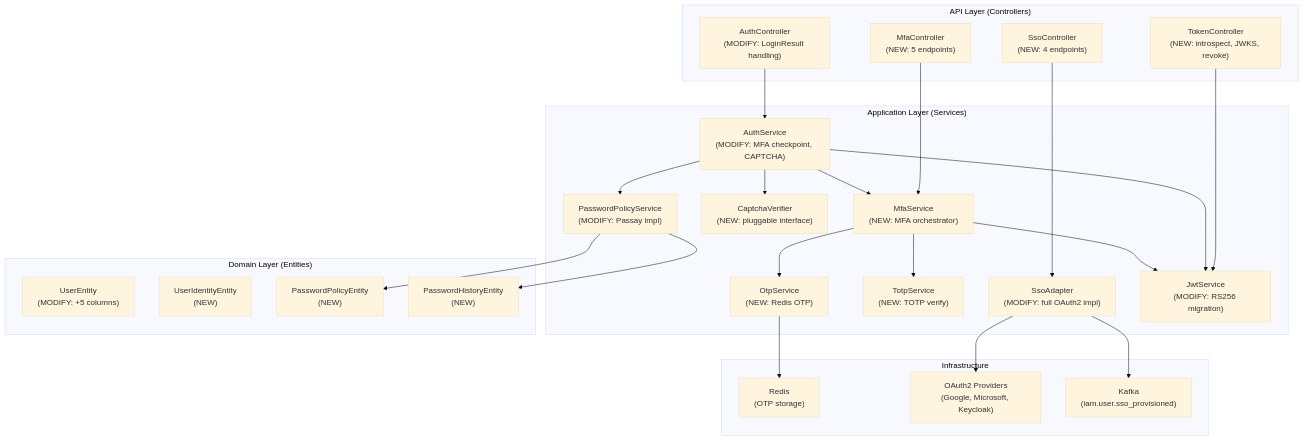
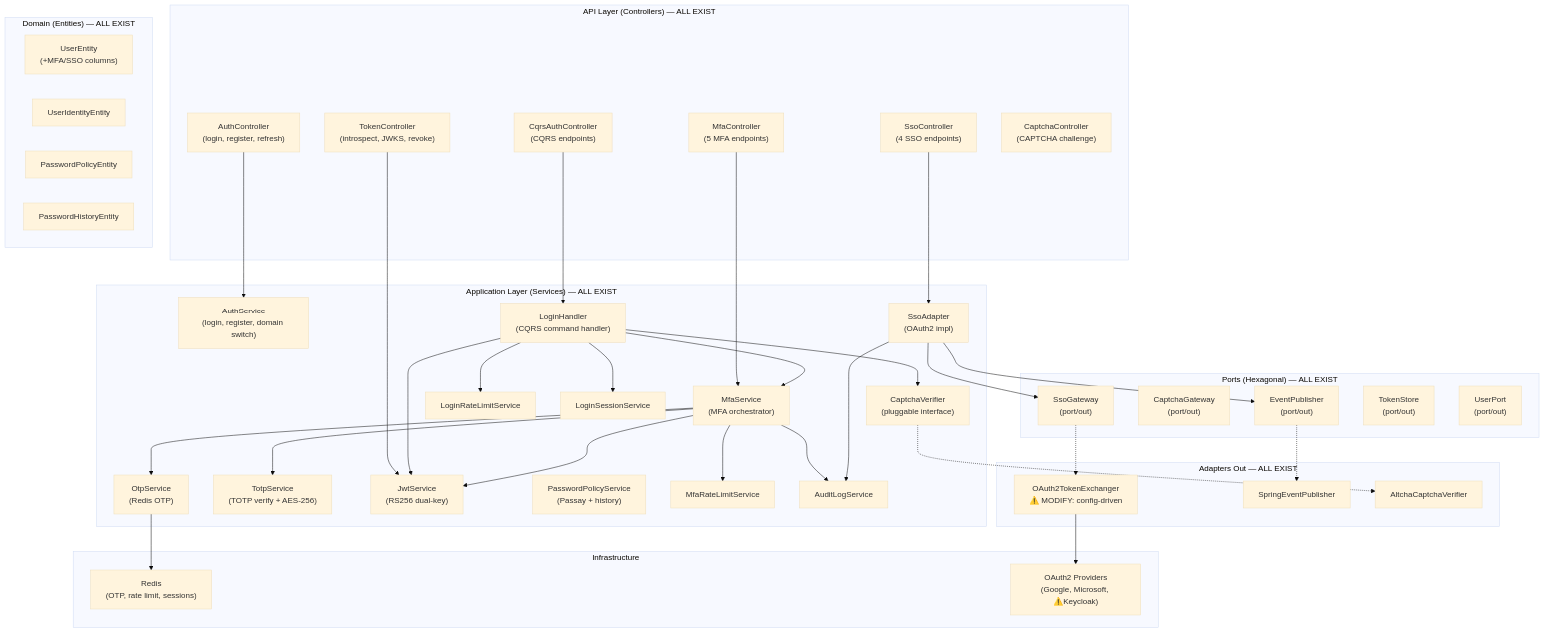
Before and after one commit to nguyentthai96/auth-service: the diagram in openspec/changes/auth-core-features/design.md, drawn with Mermaid (base theme). The commit also changed other lines of this file and 93 other files, not shown here.

Commit message:
chore(auth-service): update generated openspec and pipeline artifacts for feature 1 and 2, start feature 3

````diff
--- a/openspec/changes/auth-core-features/design.md
+++ b/openspec/changes/auth-core-features/design.md
@@ -9,53 +14,81 @@
 ```mermaid
 graph TB
-    subgraph "API Layer (Controllers)"
-        AuthCtrl["AuthController<br/>(MODIFY: LoginResult handling)"]
-        MfaCtrl["MfaController<br/>(NEW: 5 endpoints)"]
-        SsoCtrl["SsoController<br/>(NEW: 4 endpoints)"]
-        TokenCtrl["TokenController<br/>(NEW: introspect, JWKS, revoke)"]
+    subgraph "API Layer (Controllers) — ALL EXIST"
+        AuthCtrl["AuthController<br/>(login, register, refresh)"]
+        CqrsCtrl["CqrsAuthController<br/>(CQRS endpoints)"]
+        MfaCtrl["MfaController<br/>(5 MFA endpoints)"]
+        SsoCtrl["SsoController<br/>(4 SSO endpoints)"]
+        TokenCtrl["TokenController<br/>(introspect, JWKS, revoke)"]
+        CaptchaCtrl["CaptchaController<br/>(CAPTCHA challenge)"]
     end
 
-    subgraph "Application Layer (Services)"
-        AuthSvc["AuthService<br/>(MODIFY: MFA checkpoint, CAPTCHA)"]
-        MfaSvc["MfaService<br/>(NEW: MFA orchestrator)"]
-        OtpSvc["OtpService<br/>(NEW: Redis OTP)"]
-        TotpSvc["TotpService<br/>(NEW: TOTP verify)"]
-        CaptchaV["CaptchaVerifier<br/>(NEW: pluggable interface)"]
-        SsoAdapt["SsoAdapter<br/>(MODIFY: full OAuth2 impl)"]
-        JwtSvc["JwtService<br/>(MODIFY: RS256 migration)"]
-        PwdSvc["PasswordPolicyService<br/>(MODIFY: Passay impl)"]
+    subgraph "Application Layer (Services) — ALL EXIST"
+        AuthSvc["AuthService<br/>(login, register, domain switch)"]
+        LoginH["LoginHandler<br/>(CQRS command handler)"]
+        MfaSvc["MfaService<br/>(MFA orchestrator)"]
+        OtpSvc["OtpService<br/>(Redis OTP)"]
+        TotpSvc["TotpService<br/>(TOTP verify + AES-256)"]
+        CaptchaV["CaptchaVerifier<br/>(pluggable interface)"]
+        SsoAdapt["SsoAdapter<br/>(OAuth2 impl)"]
+        JwtSvc["JwtService<br/>(RS256 dual-key)"]
+        PwdSvc["PasswordPolicyService<br/>(Passay + history)"]
+        MfaRL["MfaRateLimitService"]
+        LoginRL["LoginRateLimitService"]
+        LoginSess["LoginSessionService"]
+        AuditSvc["AuditLogService"]
     end
 
-    subgraph "Domain Layer (Entities)"
-        UserE["UserEntity<br/>(MODIFY: +5 columns)"]
-        UserIdE["UserIdentityEntity<br/>(NEW)"]
-        PwdPolicyE["PasswordPolicyEntity<br/>(NEW)"]
-        PwdHistE["PasswordHistoryEntity<br/>(NEW)"]
+    subgraph "Ports (Hexagonal) — ALL EXIST"
+        EventPub["EventPublisher<br/>(port/out)"]
+        CaptchaGw["CaptchaGateway<br/>(port/out)"]
+        SsoGw["SsoGateway<br/>(port/out)"]
+        TokenStore["TokenStore<br/>(port/out)"]
+        UserPort["UserPort<br/>(port/out)"]
+    end
+
+    subgraph "Adapters Out — ALL EXIST"
+        OAuth2Ex["OAuth2TokenExchanger<br/>⚠️ MODIFY: config-driven"]
+        SpringEP["SpringEventPublisher"]
+        AltchaV["AltchaCaptchaVerifier"]
+    end
+
+    subgraph "Domain (Entities) — ALL EXIST"
+        UserE["UserEntity<br/>(+MFA/SSO columns)"]
+        UserIdE["UserIdentityEntity"]
+        PwdPolicyE["PasswordPolicyEntity"]
+        PwdHistE["PasswordHistoryEntity"]
     end
 
     subgraph "Infrastructure"
-        Redis["Redis<br/>(OTP storage)"]
-        OAuth2["OAuth2 Providers<br/>(Google, Microsoft, Keycloak)"]
-        Kafka["Kafka<br/>(iam.user.sso_provisioned)"]
+        Redis["Redis<br/>(OTP, rate limit, sessions)"]
+        OAuth2P["OAuth2 Providers<br/>(Google, Microsoft, ⚠️Keycloak)"]
     end
 
     AuthCtrl --> AuthSvc
+    CqrsCtrl --> LoginH
     MfaCtrl --> MfaSvc
     SsoCtrl --> SsoAdapt
     TokenCtrl --> JwtSvc
 
-    AuthSvc --> CaptchaV
-    AuthSvc --> MfaSvc
-    AuthSvc --> JwtSvc
-    AuthSvc --> PwdSvc
+    LoginH --> MfaSvc
+    LoginH --> CaptchaV
+    LoginH --> LoginRL
+    LoginH --> LoginSess
+    LoginH --> JwtSvc
 
     MfaSvc --> OtpSvc
     MfaSvc --> TotpSvc
     MfaSvc --> JwtSvc
+    MfaSvc --> MfaRL
+    MfaSvc --> AuditSvc
+
+    SsoAdapt --> EventPub
+    SsoAdapt --> SsoGw
+    SsoAdapt --> AuditSvc
+    EventPub -.-> SpringEP
 
     OtpSvc --> Redis
-    SsoAdapt --> OAuth2
-    SsoAdapt --> Kafka
-    PwdSvc --> PwdPolicyE
-    PwdSvc --> PwdHistE
+    SsoGw -.-> OAuth2Ex
+    OAuth2Ex --> OAuth2P
+    CaptchaV -.-> AltchaV
 ```
````
